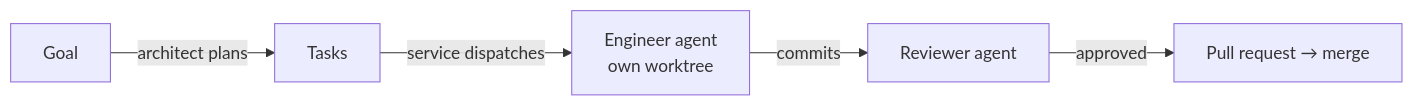
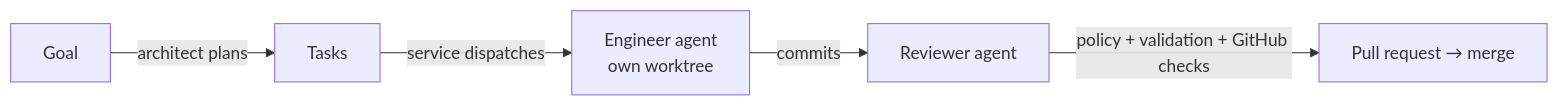
The diagram in docs/getting-started.md (orafaelfragoso/crewyard), drawn with Mermaid before and after one commit. The commit also changed other lines of this file and 165 other files, not shown here.

````diff
--- a/docs/getting-started.md
+++ b/docs/getting-started.md
@@ -9,7 +9,7 @@
 ```mermaid
 flowchart LR
   G[Goal] -->|architect plans| T[Tasks]
   T -->|service dispatches| E[Engineer agent<br/>own worktree]
   E -->|commits| R[Reviewer agent]
-  R -->|approved| PR[Pull request → merge]
+  R -->|policy + validation + GitHub checks| PR[Pull request → merge]
 ```
````
